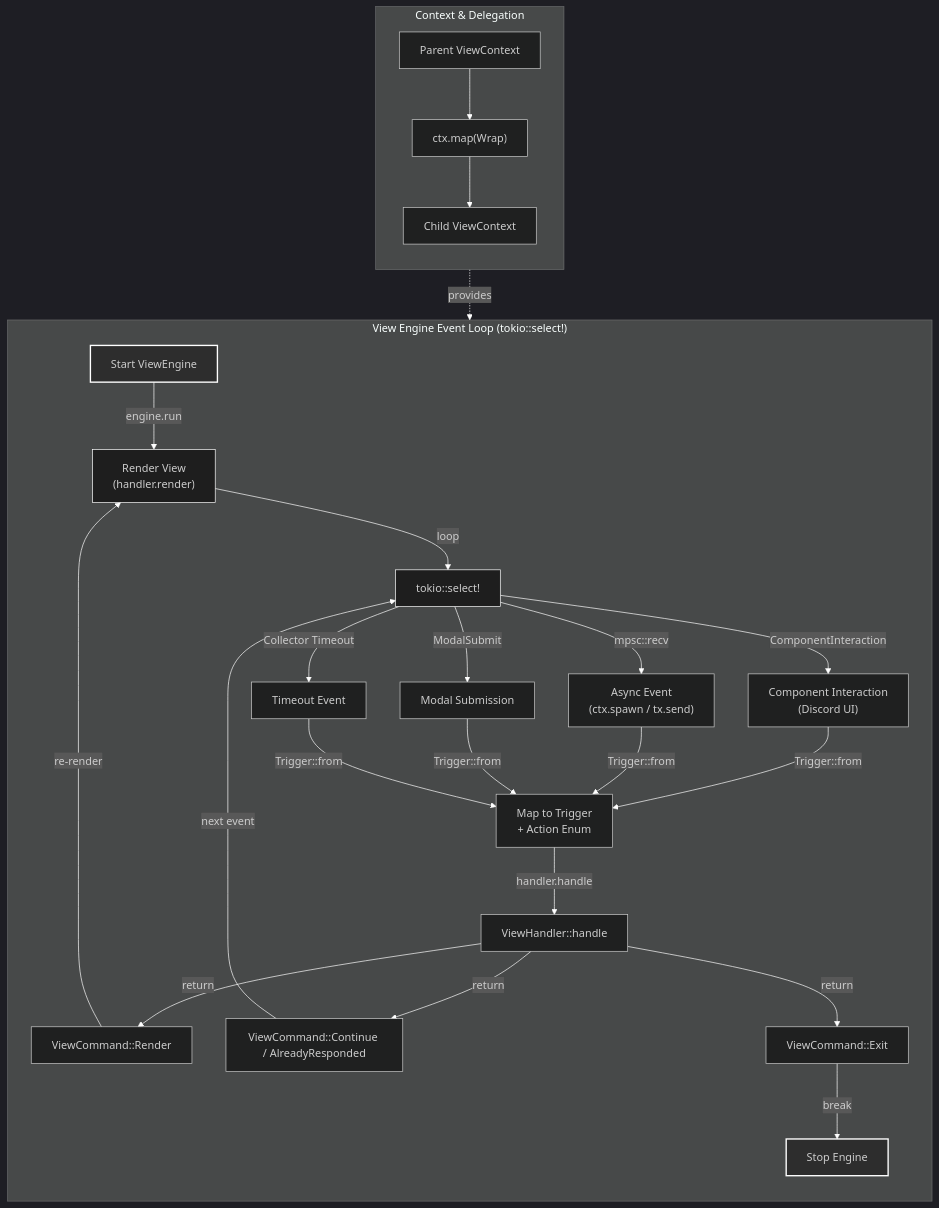
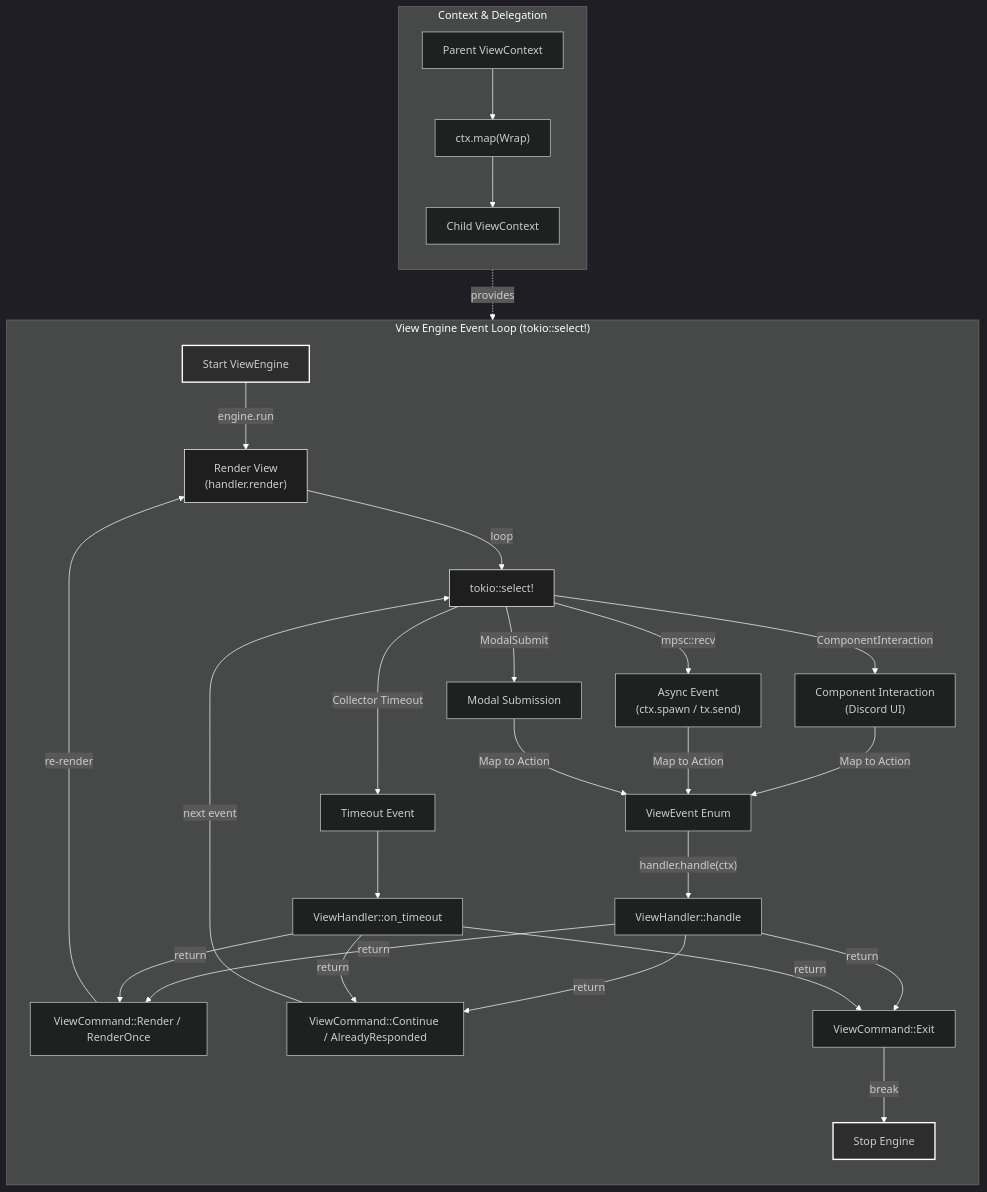
One commit to FAZuH/pwr-bot changed the diagram in docs/diagrams/architecture-view-lifecycle.mmd. Above: the diagram before and after it, drawn with Mermaid. The commit also changed 7 other files, not shown here.

```diff
--- a/docs/diagrams/architecture-view-lifecycle.mmd
+++ b/docs/diagrams/architecture-view-lifecycle.mmd
@@ -1,70 +1,72 @@
 %%{init: {
   'theme': 'dark',
   'themeVariables': {
     'primaryColor': '#1e1e1e',
     'primaryTextColor': '#ffffff',
     'primaryBorderColor': '#ffffff',
     'lineColor': '#ffffff',
     'secondaryColor': '#2d2d2d',
     'tertiaryColor': '#1e1e1e',
     'noteBkgColor': '#2d2d2d',
     'noteTextColor': '#ffffff',
     'noteBorderColor': '#ffffff'
   }
 }}%%
 graph TB
     subgraph ViewEngineLoop["View Engine Event Loop (tokio::select!)"]
         direction TB
         
         Start["Start ViewEngine"]
         Render["Render View<br/>(handler.render)"]
         Select["tokio::select!"]
         
         Component["Component Interaction<br/>(Discord UI)"]
         Async["Async Event<br/>(ctx.spawn / tx.send)"]
         Modal["Modal Submission"]
         Timeout["Timeout Event"]
         
-        TriggerNode["Map to Trigger<br/>+ Action Enum"]
+        ActionEvent["ViewEvent Enum"]
         Handle["ViewHandler::handle"]
+        HandleTimeout["ViewHandler::on_timeout"]
         
-        CmdRender["ViewCommand::Render"]
+        CmdRender["ViewCommand::Render / RenderOnce"]
         CmdContinue["ViewCommand::Continue / AlreadyResponded"]
         CmdExit["ViewCommand::Exit"]
         
+        CmdRender -->|re-render| Render
         Start -->|engine.run| Render
         Render -->|loop| Select
         
         Select -->|ComponentInteraction| Component
         Select -->|mpsc::recv| Async
         Select -->|ModalSubmit| Modal
         Select -->|Collector Timeout| Timeout
         
-        Component & Async & Modal & Timeout -->|Trigger::from| TriggerNode
-        TriggerNode -->|handler.handle| Handle
+        Component & Async & Modal -->|Map to Action| ActionEvent
+        ActionEvent -->|"handler.handle(ctx)"| Handle
+        Timeout --> HandleTimeout
         
-        Handle -->|return| CmdRender
-        Handle -->|return| CmdContinue
-        Handle -->|return| CmdExit
+        Handle & HandleTimeout -->|return| CmdRender
+        Handle & HandleTimeout -->|return| CmdContinue
+        Handle & HandleTimeout -->|return| CmdExit
         
-        CmdRender -->|re-render| Render
         CmdContinue -->|next event| Select
         CmdExit -->|break| Stop[Stop Engine]
     end
     
     subgraph Mapping["Context & Delegation"]
         direction TB
         ParentCtx["Parent ViewContext"]
         Map["ctx.map(Wrap)"]
         ChildCtx["Child ViewContext"]
         
         ParentCtx --> Map
         Map --> ChildCtx
     end
     
     Mapping -.->|provides| Handle
     
     style Start fill:#2d2d2d,stroke:#ffffff,stroke-width:2px
     style Stop fill:#2d2d2d,stroke:#ffffff,stroke-width:2px
     style Render fill:#1e1e1e,stroke:#ffffff
     style Select fill:#1e1e1e,stroke:#ffffff
```
